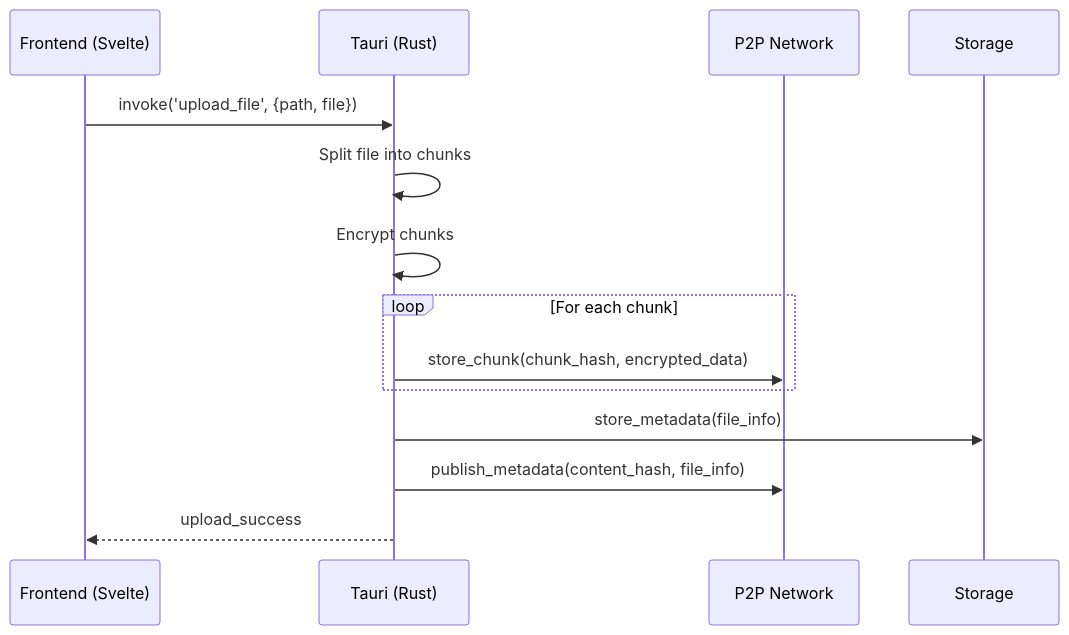
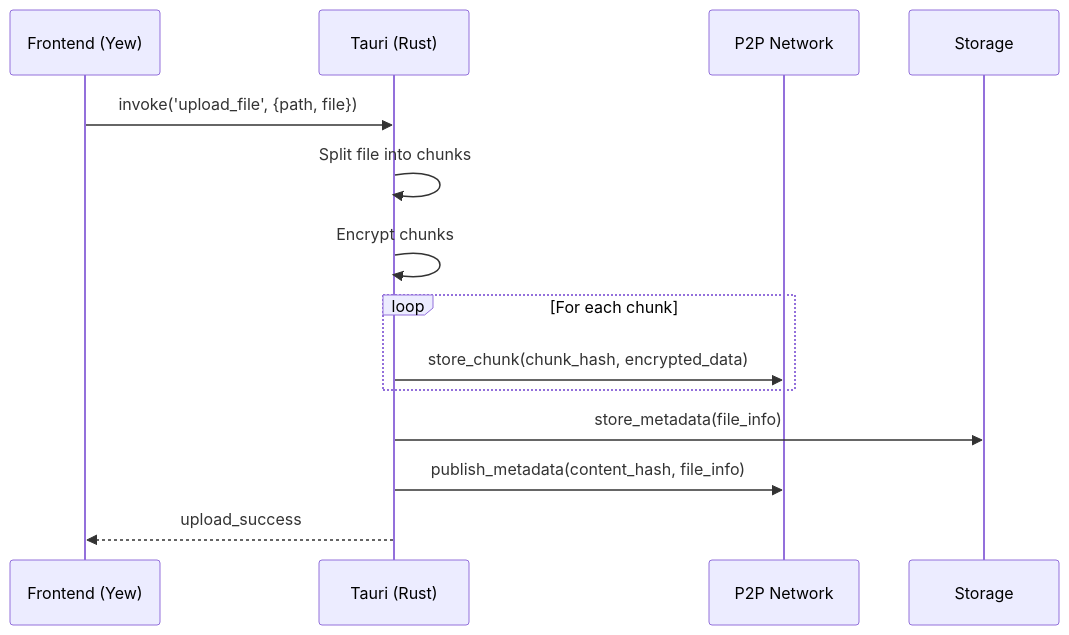
Before and after one commit to humancuration/cpc: the first of 2 diagrams in docs/p2p-file-storage-integration.md, drawn with Mermaid. The commit also changed 84 other files, not shown here.

First line of the commit message:
feat: Add Invoice System Architecture ADR and Asset Browser API Design

````diff
--- a/docs/p2p-file-storage-integration.md
+++ b/docs/p2p-file-storage-integration.md
@@ -27,17 +27,17 @@
 ```mermaid
 sequenceDiagram
-    participant F as Frontend (Svelte)
+    participant F as Frontend (Yew)
     participant T as Tauri (Rust)
     participant P as P2P Network
     participant S as Storage
     
     F->>T: invoke('upload_file', {path, file})
     T->>T: Split file into chunks
     T->>T: Encrypt chunks
     loop For each chunk
         T->>P: store_chunk(chunk_hash, encrypted_data)
     end
     T->>S: store_metadata(file_info)
     T->>P: publish_metadata(content_hash, file_info)
     T-->>F: upload_success
 ```
````
